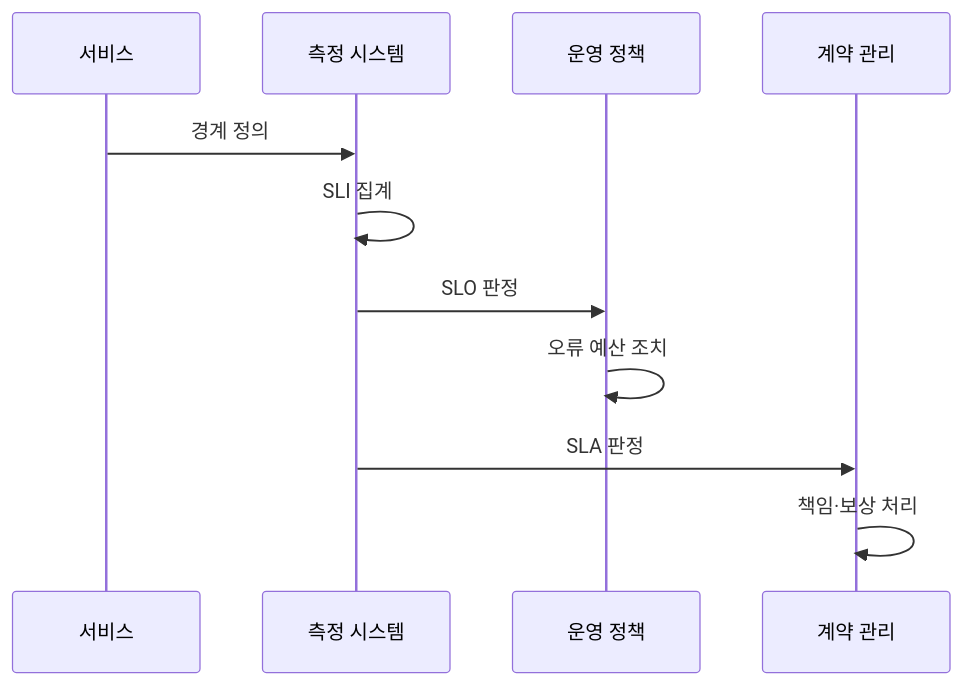
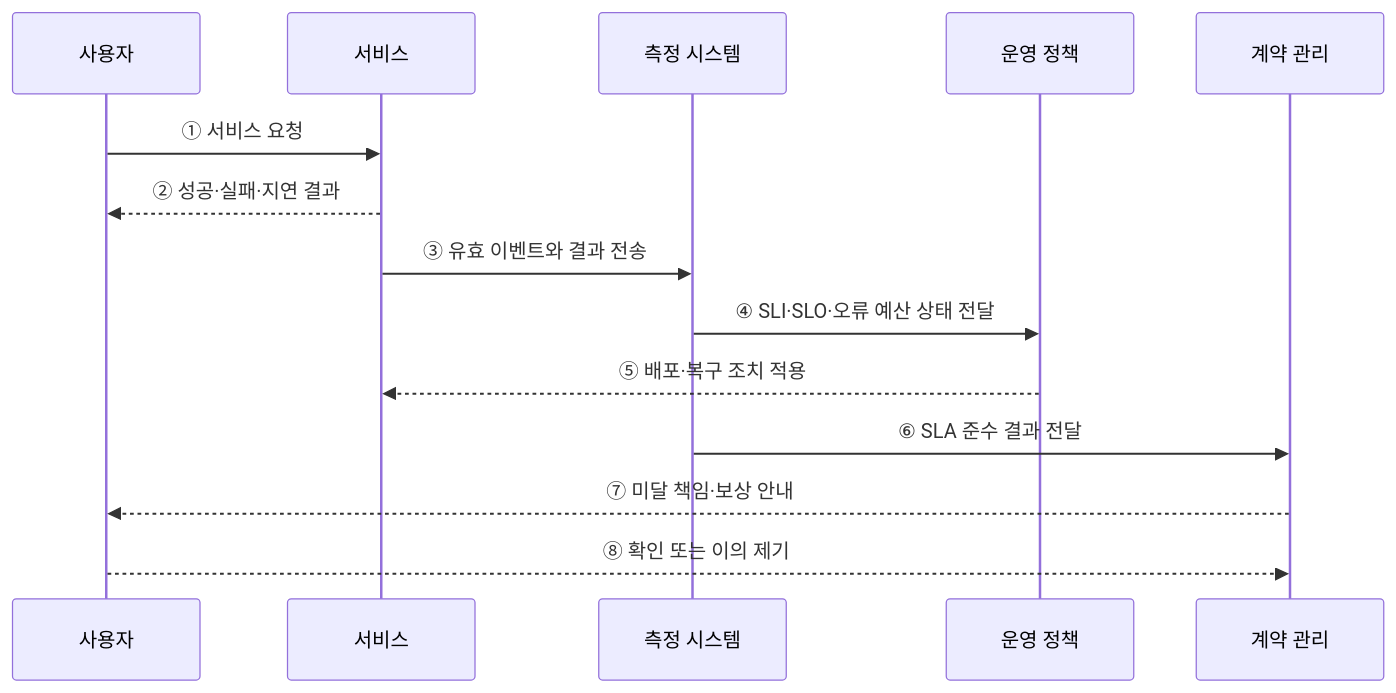
Before and after one commit to agnusdei1207/knowledge-base: the second of 2 diagrams in src/content/docs/notes/03-software/165_slo_sla_sli.md, drawn with Mermaid. The commit also changed other lines of this file and 20 other files, not shown here.

````diff
--- a/src/content/docs/notes/03-software/165_slo_sla_sli.md
+++ b/src/content/docs/notes/03-software/165_slo_sla_sli.md
@@ -75,13 +67,16 @@
 ```mermaid
 sequenceDiagram
+    participant U as 사용자
     participant S as 서비스
     participant M as 측정 시스템
     participant O as 운영 정책
     participant C as 계약 관리
-    S->>M: 경계 정의
-    M->>M: SLI 집계
-    M->>O: SLO 판정
-    O->>O: 오류 예산 조치
-    M->>C: SLA 판정
-    C->>C: 책임·보상 처리
+    U->>S: ① 서비스 요청
+    S-->>U: ② 성공·실패·지연 결과
+    S->>M: ③ 유효 이벤트와 결과 전송
+    M->>O: ④ SLI·SLO·오류 예산 상태 전달
+    O-->>S: ⑤ 배포·복구 조치 적용
+    M->>C: ⑥ SLA 준수 결과 전달
+    C-->>U: ⑦ 미달 책임·보상 안내
+    U-->>C: ⑧ 확인 또는 이의 제기
 ```
````
